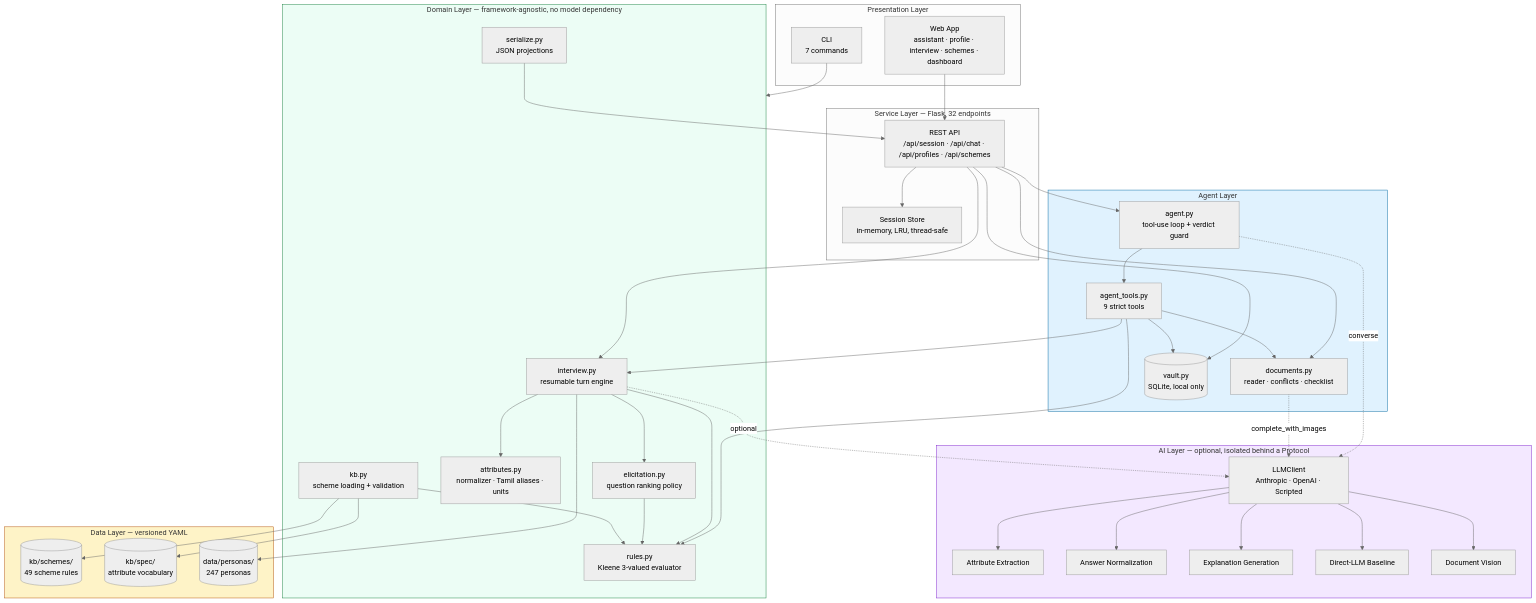
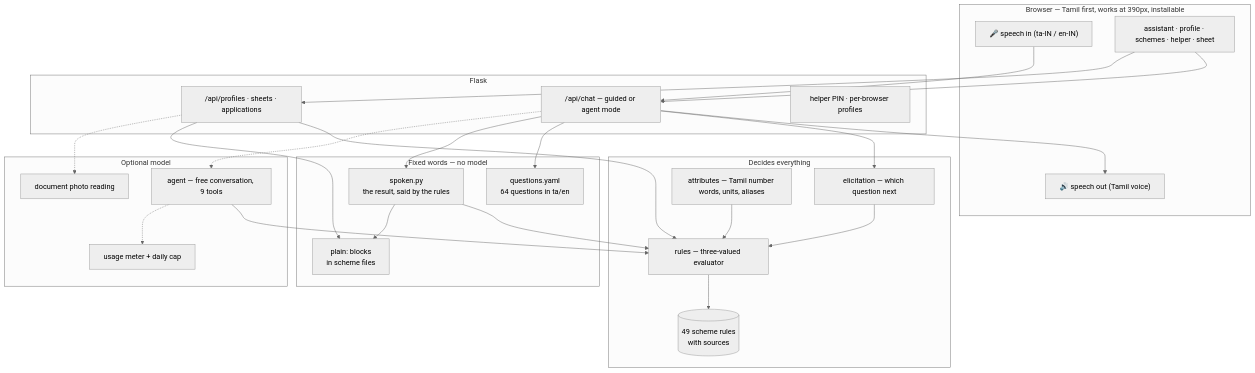
One commit to kanishk5676/tn-schemematch changed the diagram in README.md. Above: the diagram before and after it, drawn with Mermaid (neutral theme). The commit also changed other lines of this file and 9 other files, not shown here.

````diff
--- a/README.md
+++ b/README.md
@@ -138,66 +122,47 @@
 ```mermaid
 flowchart TB
-    subgraph UI["Presentation Layer"]
-        WEB["Web App<br/>assistant · profile · interview · schemes · dashboard"]
-        CLI["CLI<br/>7 commands"]
+    subgraph PAGE["Browser — Tamil first, works at 390px, installable"]
+        MIC["🎤 speech in (ta-IN / en-IN)"]
+        TTS["🔊 speech out (Tamil voice)"]
+        UI["assistant · profile · schemes · helper · sheet"]
     end
 
-    subgraph API["Service Layer — Flask, 32 endpoints"]
-        REST["REST API<br/>/api/session · /api/chat · /api/profiles · /api/schemes"]
-        SESS["Session Store<br/>in-memory, LRU, thread-safe"]
+    subgraph WEB["Flask"]
+        CHAT["/api/chat — guided or agent mode"]
+        PROF["/api/profiles · sheets · applications"]
+        AUTH["helper PIN · per-browser profiles"]
     end
 
-    subgraph AGENT["Agent Layer"]
-        AG["agent.py<br/>tool-use loop + verdict guard"]
-        TL["agent_tools.py<br/>9 strict tools"]
-        DOC["documents.py<br/>reader · conflicts · checklist"]
-        VLT[("vault.py<br/>SQLite, local only")]
+    subgraph WORDS["Fixed words — no model"]
+        Q["questions.yaml<br/>64 questions in ta/en"]
+        PLAIN["plain: blocks<br/>in scheme files"]
+        SPK["spoken.py<br/>the result, said by the rules"]
     end
 
-    subgraph CORE["Domain Layer — framework-agnostic, no model dependency"]
-        INT["interview.py<br/>resumable turn engine"]
-        ELI["elicitation.py<br/>question ranking policy"]
-        RUL["rules.py<br/>Kleene 3-valued evaluator"]
-        ATT["attributes.py<br/>normalizer · Tamil aliases · units"]
-        KBM["kb.py<br/>scheme loading + validation"]
-        SER["serialize.py<br/>JSON projections"]
+    subgraph CORE["Decides everything"]
+        ELI["elicitation — which question next"]
+        ATT["attributes — Tamil number words, units, aliases"]
+        RUL["rules — three-valued evaluator"]
+        KB[("49 scheme rules<br/>with sources")]
     end
 
-    subgraph AI["AI Layer — optional, isolated behind a Protocol"]
-        EXT["Attribute Extraction"]
-        NRM["Answer Normalization"]
-        EXP["Explanation Generation"]
-        CMP["Direct-LLM Baseline"]
-        VIS["Document Vision"]
-        CLT["LLMClient<br/>Anthropic · OpenAI · Scripted"]
+    subgraph OPT["Optional model"]
+        AG["agent — free conversation, 9 tools"]
+        VIS["document photo reading"]
+        BUD["usage meter + daily cap"]
     end
 
-    subgraph DATA["Data Layer — versioned YAML"]
-        SCH[("kb/schemes/<br/>49 scheme rules")]
-        SPEC[("kb/spec/<br/>attribute vocabulary")]
-        PER[("data/personas/<br/>247 personas")]
-    end
-
-    WEB --> REST
-    CLI --> CORE
-    REST --> SESS
-    REST --> INT
-    REST --> AG & DOC & VLT
-    AG --> TL
-    TL --> INT & RUL & DOC & VLT
-    AG -.converse.-> CLT
-    DOC -.complete_with_images.-> CLT
-    INT --> ELI & ATT & RUL
-    INT -.optional.-> CLT
+    MIC --> CHAT
+    CHAT --> TTS
+    UI --> CHAT & PROF
+    CHAT --> ELI & Q & SPK
+    CHAT -.-> AG
+    AG --> RUL
+    AG -.-> BUD
+    PROF --> RUL & PLAIN
+    PROF -.-> VIS
+    SPK --> RUL & PLAIN
     ELI --> RUL
-    KBM --> RUL
-    CLT --> EXT & NRM & EXP & CMP & VIS
-    KBM --> SCH & SPEC
-    INT --> PER
-    SER --> REST
-
-    style AI fill:#f3e8ff,stroke:#7e22ce
-    style AGENT fill:#e0f2fe,stroke:#0369a1
-    style CORE fill:#ecfdf5,stroke:#15803d
-    style DATA fill:#fef3c7,stroke:#b45309
+    ATT --> RUL
+    RUL --> KB
 ```
````
